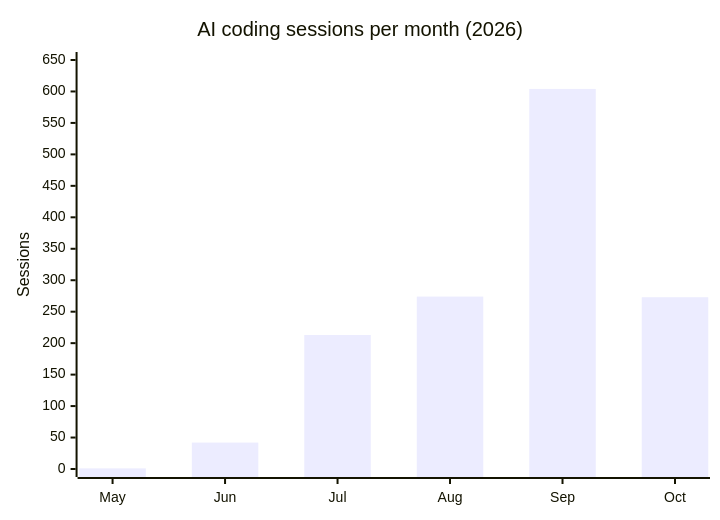
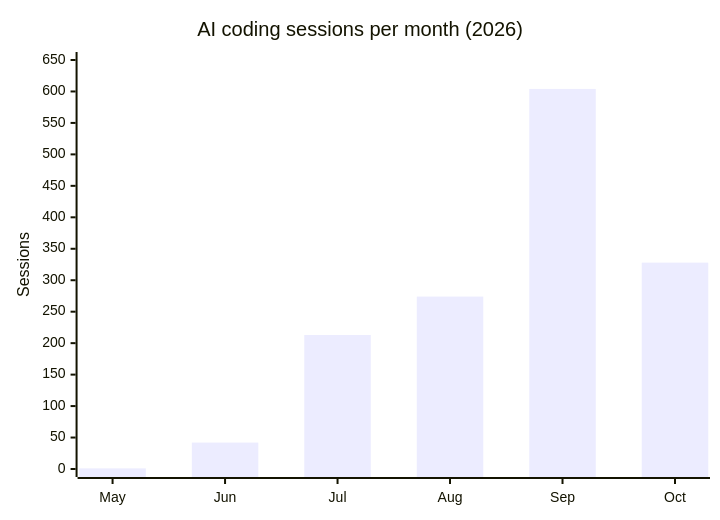
Before and after one commit to loryanstrant/loryanstrant: the diagram in VIBE-CODING.md, drawn with Mermaid.

Commit message:
chore: refresh AI sessions chart

````diff
--- a/VIBE-CODING.md
+++ b/VIBE-CODING.md
@@ -14,7 +14,7 @@
 ```mermaid
 xychart-beta
     title "AI coding sessions per month (2026)"
     x-axis ["May", "Jun", "Jul", "Aug", "Sep", "Oct"]
     y-axis "Sessions" 0 --> 650
-    bar [1, 42, 213, 274, 604, 273]
+    bar [1, 42, 213, 274, 604, 328]
 ```
````
